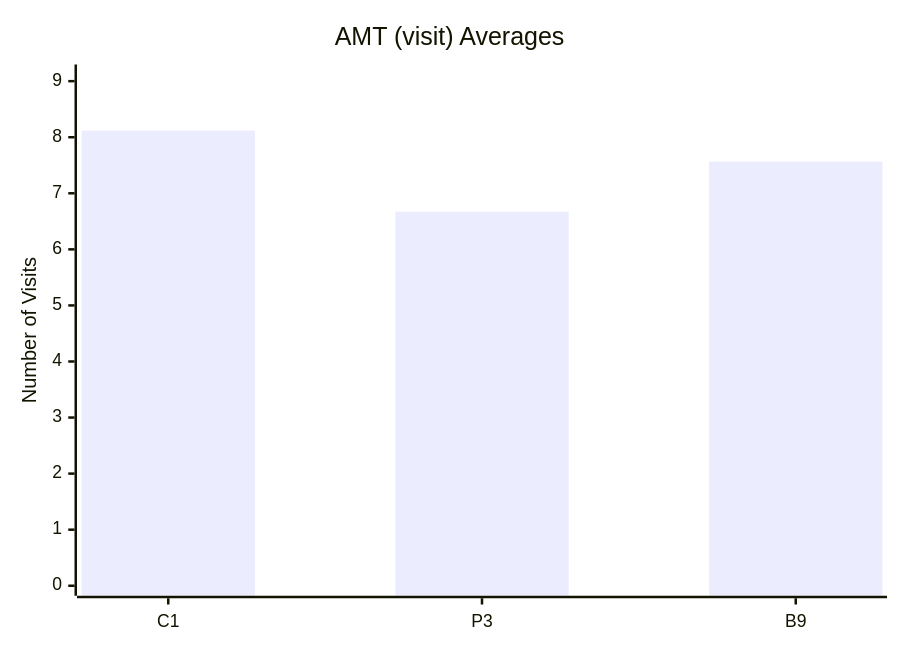
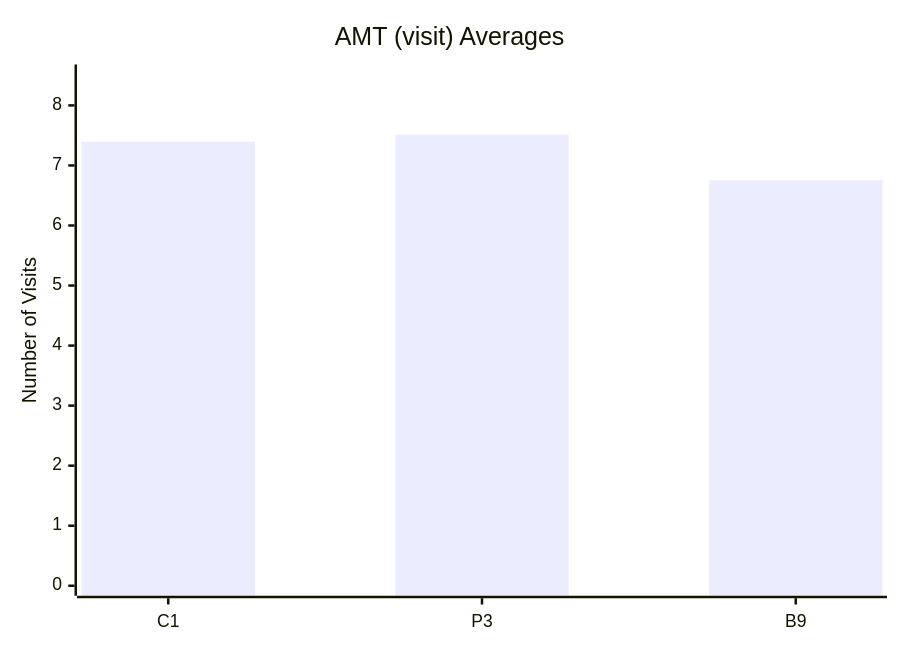
One commit to dhagan-va/intern-2025 changed the tenth of 10 diagrams in test-tools/DataGen/src/Statistics_Visualizer.md. Above: the diagram before and after it, drawn with Mermaid. The commit also changed other lines of this file and 1 other file, not shown here.

````diff
--- a/test-tools/DataGen/src/Statistics_Visualizer.md
+++ b/test-tools/DataGen/src/Statistics_Visualizer.md
@@ -108,7 +108,7 @@
 ```mermaid
 xychart-beta
     title "AMT (visit) Averages"
     x-axis ["C1", "P3", "B9"]
-    y-axis "Number of Visits" 0 --> 9.118811881188119
-    bar [8.118811881188119, 6.673267326732673, 7.564356435643564]
+    y-axis "Number of Visits" 0 --> 8.514851485148515
+    bar [7.396039603960396, 7.514851485148514, 6.752475247524752]
 ```
````
